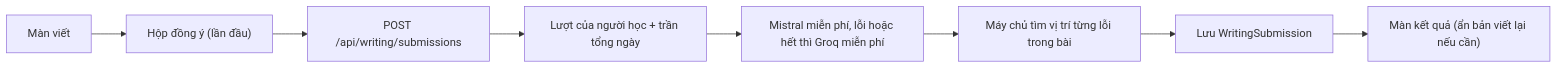
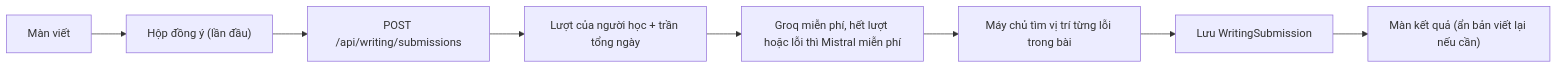
One commit to lamvo1978/4UME changed the diagram in docs/writing.md. Above: the diagram before and after it, drawn with Mermaid. The commit also changed other lines of this file and 6 other files, not shown here.

````diff
--- a/docs/writing.md
+++ b/docs/writing.md
@@ -33,10 +33,10 @@
 ```mermaid
 flowchart LR
   editor["Màn viết"] --> consent["Hộp đồng ý (lần đầu)"]
   consent --> api["POST /api/writing/submissions"]
   api --> quota["Lượt của người học + trần tổng ngày"]
-  quota --> ai["Mistral miễn phí, lỗi hoặc hết thì Groq miễn phí"]
+  quota --> ai["Groq miễn phí, hết lượt hoặc lỗi thì Mistral miễn phí"]
   ai --> check["Máy chủ tìm vị trí từng lỗi trong bài"]
   check --> save["Lưu WritingSubmission"]
   save --> result["Màn kết quả (ẩn bản viết lại nếu cần)"]
 ```
````
